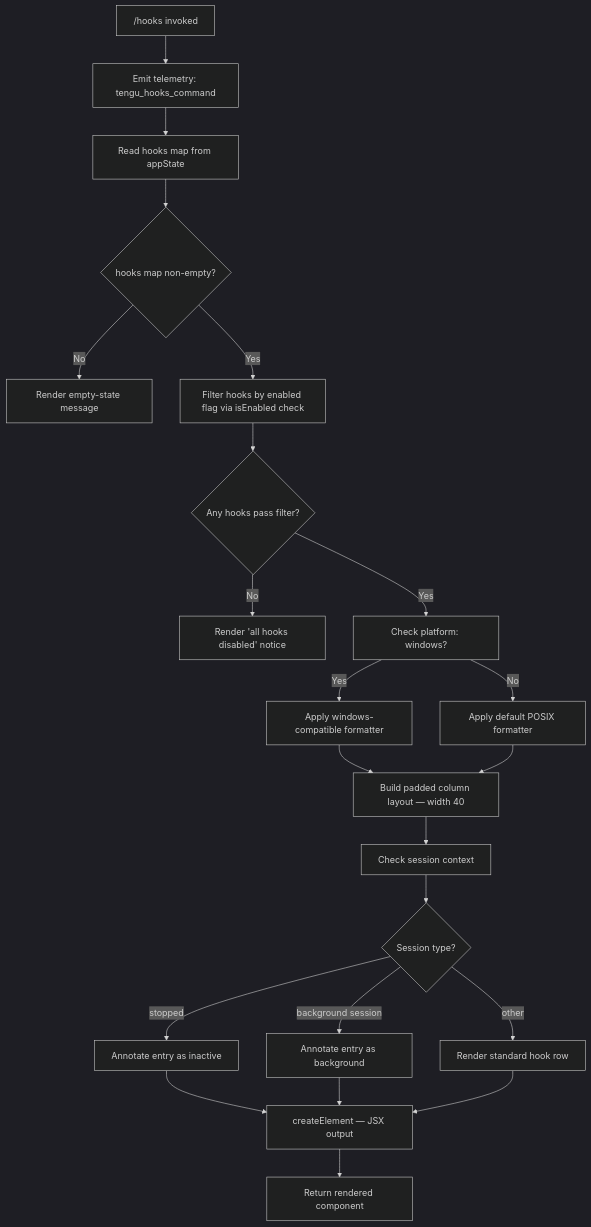
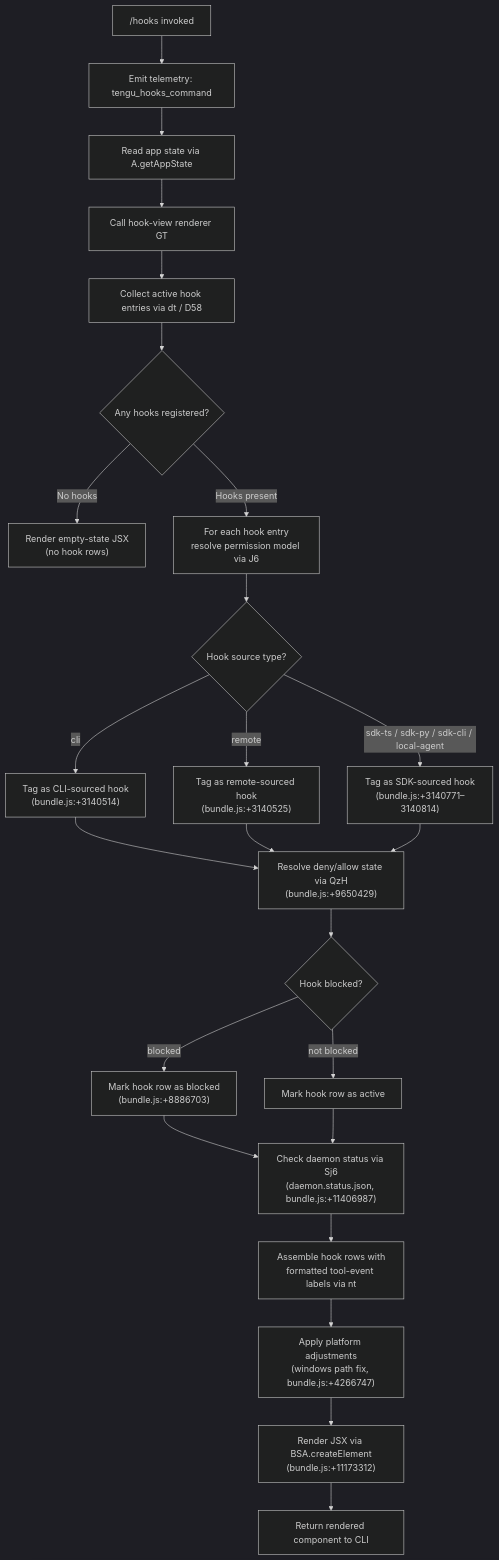
Before and after one commit to MyLittleLuckyDog/cc-gnothi: the diagram in versions/v2.1.133/hooks.md, drawn with Mermaid (dark theme). The commit also changed other lines of this file and 95 other files, not shown here.

````diff
--- a/versions/v2.1.133/hooks.md
+++ b/versions/v2.1.133/hooks.md
@@ -47,24 +61,23 @@
 ```mermaid
 flowchart TD
-    A["/hooks invoked"] --> B[Emit telemetry: tengu_hooks_command]
-    B --> C[Read hooks map from appState]
-    C --> D{hooks map non-empty?}
-    D -- No --> E[Render empty-state message]
-    D -- Yes --> F[Filter hooks by enabled flag via isEnabled check]
-    F --> G{Any hooks pass filter?}
-    G -- No --> H[Render 'all hooks disabled' notice]
-    G -- Yes --> I[Check platform: windows?]
-    I -- Yes --> J[Apply windows-compatible formatter]
-    I -- No --> K[Apply default POSIX formatter]
-    J --> L[Build padded column layout — width 40]
-    K --> L
-    L --> M[Check session context]
-    M --> N{Session type?}
-    N -- "stopped" --> O[Annotate entry as inactive]
-    N -- "background session" --> P[Annotate entry as background]
-    N -- other --> Q[Render standard hook row]
-    O --> R[createElement — JSX output]
-    P --> R
-    Q --> R
-    R --> S[Return rendered component]
+    A["/hooks invoked"] --> B["Emit telemetry: tengu_hooks_command"]
+    B --> C["Read app state via A.getAppState"]
+    C --> D["Call hook-view renderer GT"]
+    D --> E["Collect active hook entries via dt / D58"]
+    E --> F{Any hooks registered?}
+    F -- No hooks --> G["Render empty-state JSX\n(no hook rows)"]
+    F -- Hooks present --> H["For each hook entry\nresolve permission model via J6"]
+    H --> I{Hook source type?}
+    I -- cli --> J["Tag as CLI-sourced hook\n(bundle.js:+3140514)"]
+    I -- remote --> K["Tag as remote-sourced hook\n(bundle.js:+3140525)"]
+    I -- sdk-ts / sdk-py / sdk-cli / local-agent --> L["Tag as SDK-sourced hook\n(bundle.js:+3140771–3140814)"]
+    J & K & L --> M["Resolve deny/allow state via QzH\n(bundle.js:+9650429)"]
+    M --> N{Hook blocked?}
+    N -- blocked --> O["Mark hook row as blocked\n(bundle.js:+8886703)"]
+    N -- not blocked --> P["Mark hook row as active"]
+    O & P --> Q["Check daemon status via Sj6\n(daemon.status.json, bundle.js:+11406987)"]
+    Q --> R["Assemble hook rows with\nformatted tool-event labels via nt"]
+    R --> S["Apply platform adjustments\n(windows path fix, bundle.js:+4266747)"]
+    S --> T["Render JSX via BSA.createElement\n(bundle.js:+11173312)"]
+    T --> U["Return rendered component to CLI"]
 ```
````
